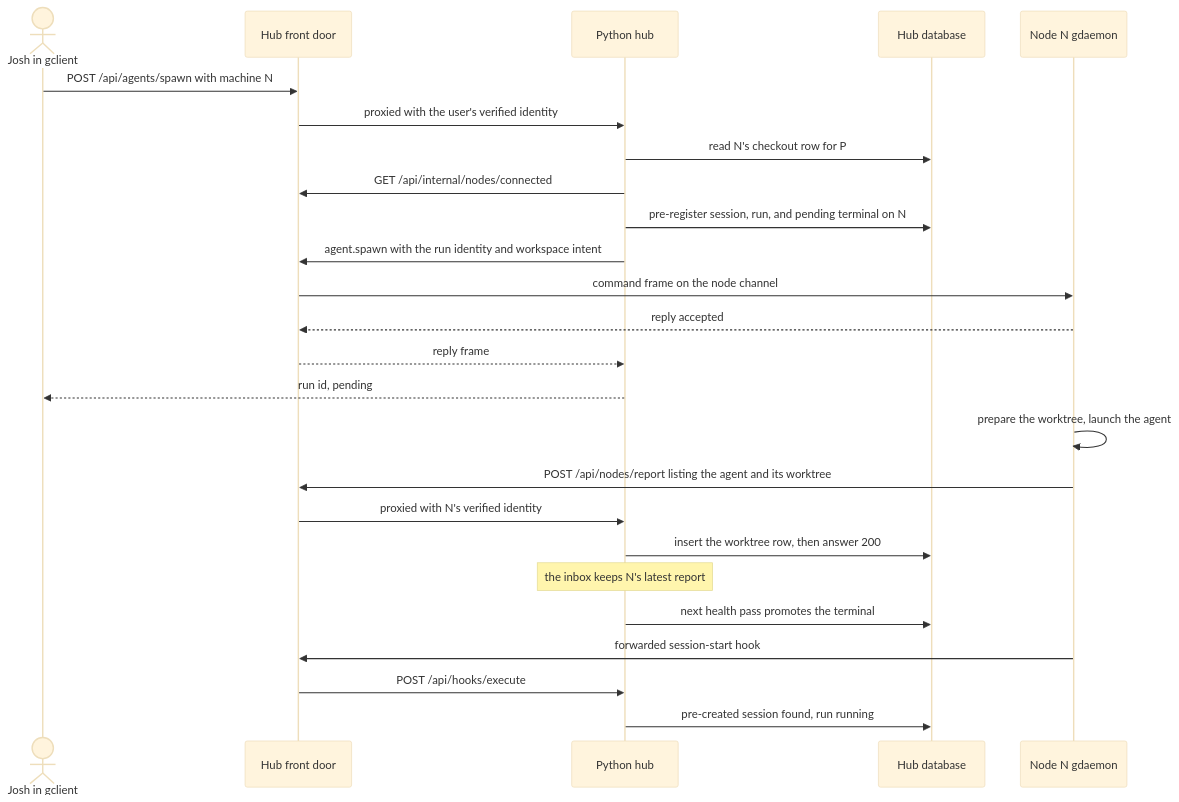
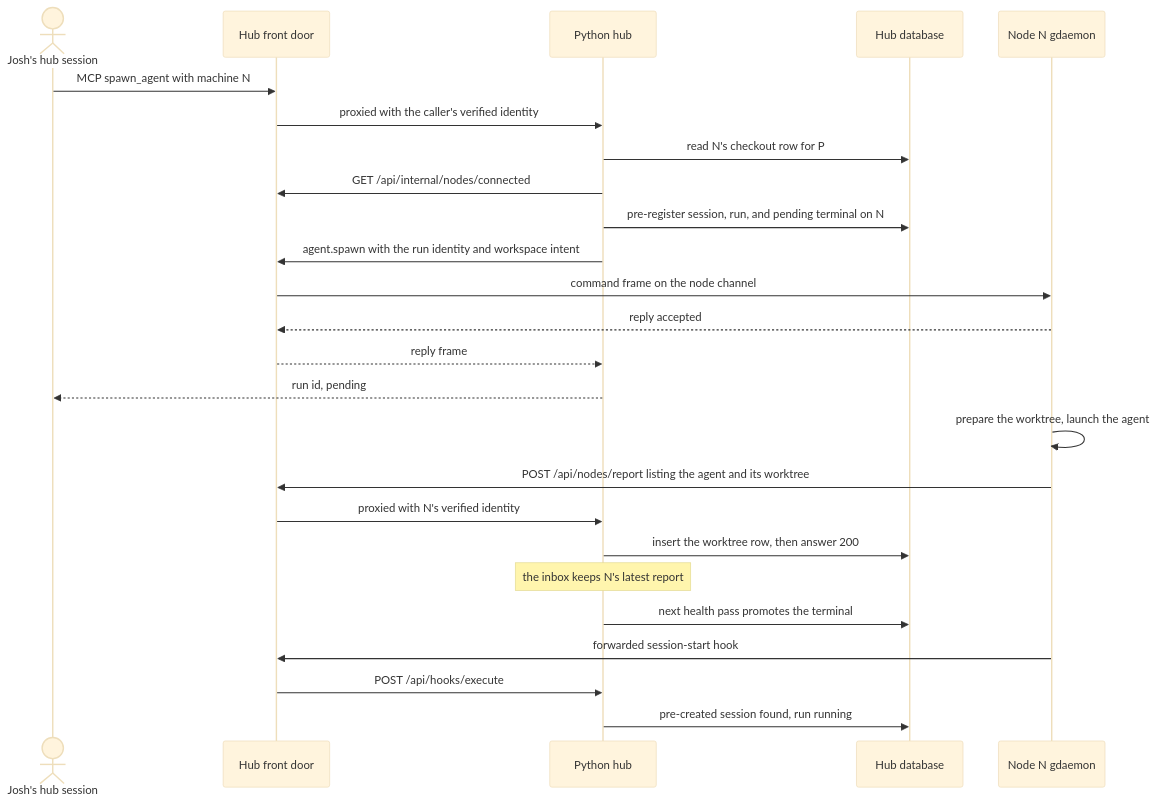
Before and after one commit to GobbyAI/gobby: the second of 5 diagrams in .gobby/plans/hub-mode.md, drawn with Mermaid (base theme). The commit also changed other lines of this file, not shown here.

First line of the commit message:
[gobby-#21575] docs: apply Orchestrator return A-H to hub-mode plan

````diff
--- a/.gobby/plans/hub-mode.md
+++ b/.gobby/plans/hub-mode.md
@@ -483,27 +610,27 @@
 ```mermaid
 sequenceDiagram
-  actor U as Josh in gclient
+  actor U as Josh's hub session
   participant FD as Hub front door
   participant PY as Python hub
   participant DB as Hub database
   participant N as Node N gdaemon
-  U->>FD: POST /api/agents/spawn with machine N
-  FD->>PY: proxied with the user's verified identity
+  U->>FD: MCP spawn_agent with machine N
+  FD->>PY: proxied with the caller's verified identity
   PY->>DB: read N's checkout row for P
   PY->>FD: GET /api/internal/nodes/connected
   PY->>DB: pre-register session, run, and pending terminal on N
   PY->>FD: agent.spawn with the run identity and workspace intent
   FD->>N: command frame on the node channel
   N-->>FD: reply accepted
   FD-->>PY: reply frame
   PY-->>U: run id, pending
   N->>N: prepare the worktree, launch the agent
   N->>FD: POST /api/nodes/report listing the agent and its worktree
   FD->>PY: proxied with N's verified identity
   PY->>DB: insert the worktree row, then answer 200
   Note over PY: the inbox keeps N's latest report
   PY->>DB: next health pass promotes the terminal
   N->>FD: forwarded session-start hook
   FD->>PY: POST /api/hooks/execute
   PY->>DB: pre-created session found, run running
 ```
````
